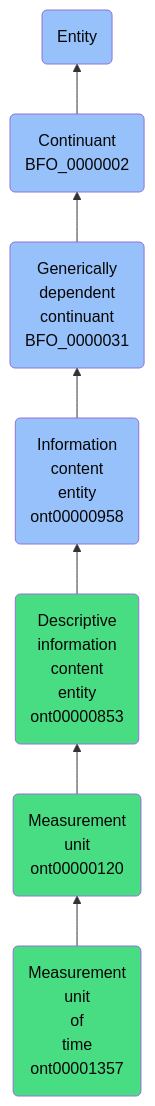
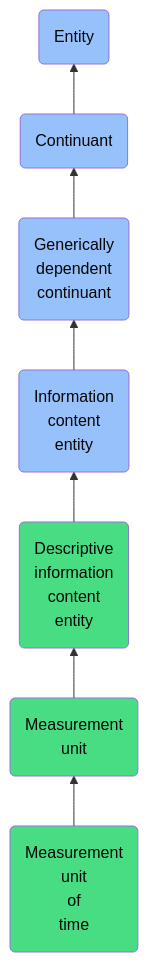
Before and after one commit to jupyter-naas/abi: the diagram in docs/ontology/reference/model/Entity/Continuant/Generically dependent continuant/Information content entity/Descriptive information content entity/Measurement unit/Measurement unit of time/Measurement unit of time.md, drawn with Mermaid. The commit also changed other lines of this file and 1430 other files, not shown here.

````diff
--- a/docs/ontology/reference/model/Entity/Continuant/Generically dependent continuant/Information content entity/Descriptive information content entity/Measurement unit/Measurement unit of time/Measurement unit of time.md
+++ b/docs/ontology/reference/model/Entity/Continuant/Generically dependent continuant/Information content entity/Descriptive information content entity/Measurement unit/Measurement unit of time/Measurement unit of time.md
@@ -24,14 +24,14 @@
 ```mermaid
 graph BT
-    ont00001357(Measurement<br>unit<br>of<br>time<br>ont00001357):::ABI-->ont00000120
-    ont00000120(Measurement<br>unit<br>ont00000120):::ABI-->ont00000853
-    ont00000853(Descriptive<br>information<br>content<br>entity<br>ont00000853):::ABI-->ont00000958
-    ont00000958(Information<br>content<br>entity<br>ont00000958):::BFO-->BFO_0000031
-    BFO_0000031(Generically<br>dependent<br>continuant<br>BFO_0000031):::BFO-->BFO_0000002
-    BFO_0000002(Continuant<br>BFO_0000002):::BFO-->BFO_0000001
+    ont00001357(Measurement<br>unit<br>of<br>time):::ABI-->ont00000120
+    ont00000120(Measurement<br>unit):::ABI-->ont00000853
+    ont00000853(Descriptive<br>information<br>content<br>entity):::ABI-->ont00000958
+    ont00000958(Information<br>content<br>entity):::BFO-->BFO_0000031
+    BFO_0000031(Generically<br>dependent<br>continuant):::BFO-->BFO_0000002
+    BFO_0000002(Continuant):::BFO-->BFO_0000001
     BFO_0000001(Entity):::BFO
     
     classDef BFO fill:#97c1fb,color:#060606
     classDef CCO fill:#e4c51e,color:#060606
     classDef ABI fill:#48DD82,color:#060606
 ```
````
